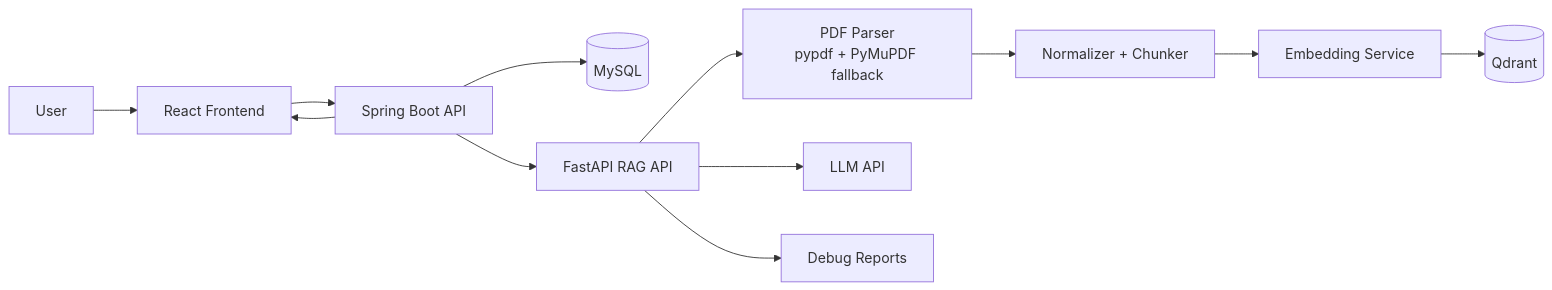
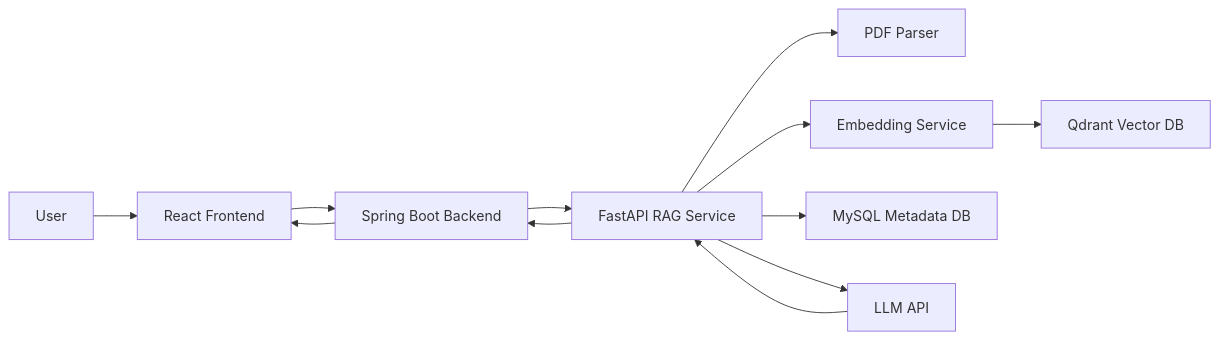
Before and after one commit to LeHuyTuong/rag-pdf-chatbot: the diagram in README.md, drawn with Mermaid. The commit also changed other lines of this file and 11 other files, not shown here.

````diff
--- a/README.md
+++ b/README.md
@@ -17,14 +36,14 @@
 ```mermaid
 flowchart LR
-  U[User] --> FE[React Frontend]
-  FE --> BE[Spring Boot API]
-  BE --> DB[(MySQL)]
-  BE --> RAG[FastAPI RAG API]
-  RAG --> PARSE[PDF Parser<br/>pypdf + PyMuPDF fallback]
-  PARSE --> CHUNK[Normalizer + Chunker]
-  CHUNK --> EMB[Embedding Service]
-  EMB --> Q[(Qdrant)]
+  User[User] --> FE[React Frontend]
+  FE --> BE[Spring Boot Backend]
+  BE --> RAG[FastAPI RAG Service]
+  RAG --> PDF[PDF Parser]
+  RAG --> EMB[Embedding Service]
+  EMB --> QDRANT[Qdrant Vector DB]
+  RAG --> MYSQL[MySQL Metadata DB]
   RAG --> LLM[LLM API]
-  RAG --> REPORTS[Debug Reports]
+  LLM --> RAG
+  RAG --> BE
   BE --> FE
 ```
````
